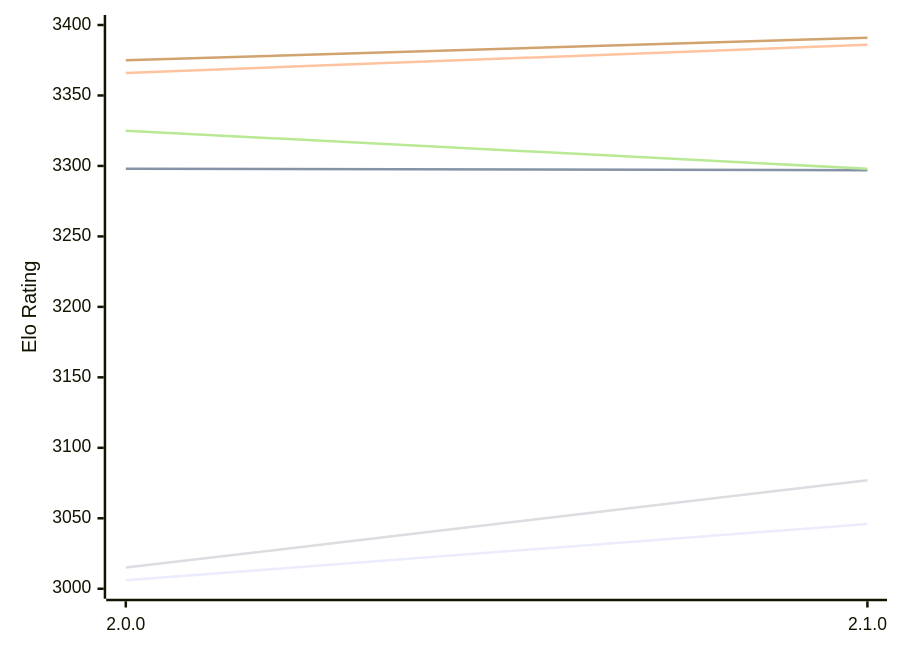
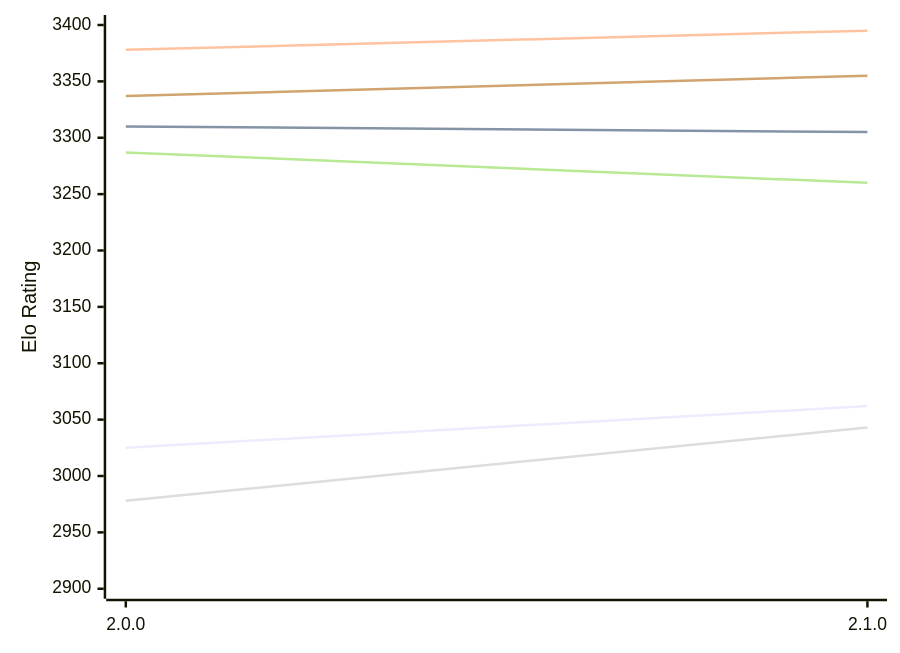
One commit to computer-chess-index/cci changed the diagram in engines/Sapling.md. Above: the diagram before and after it, drawn with Mermaid. The commit also changed other lines of this file, not shown here.

Commit message:
Update CCI Ratings (ELO VLTC) - 2026-11-14

````diff
--- a/engines/Sapling.md
+++ b/engines/Sapling.md
@@ -49,12 +49,12 @@
 ```mermaid
 %%{init: {"theme":"base","themeVariables":{"seriesColors:['#a3a3a3','#222221','#faa371']}}}%%
 xychart-beta
   x-axis ["2.0.0", "2.1.0"]
-  y-axis "Elo Rating" 3000 --> 3400
-  line "E1: STC (8.0+0.08s)" [3006, 3046]
-  line "E1: LTC (60.0+0.60s)" [3298, 3297]
-  line "E1: VLTC (2m24s+1.12s)" [3366, 3386]
-  line "P1: STC (8.0+0.08s)" [3015, 3077]
-  line "P1: LTC (60.0+0.60s)" [3325, 3298]
-  line "P1: VLTC (2m24s+1.12s)" [3375, 3391]
+  y-axis "Elo Rating" 2900 --> 3400
+  line "E1: STC (8.0+0.08s)" [3025, 3062]
+  line "E1: LTC (60.0+0.60s)" [3310, 3305]
+  line "E1: VLTC (2m24s+1.12s)" [3378, 3395]
+  line "P1: STC (8.0+0.08s)" [2978, 3043]
+  line "P1: LTC (60.0+0.60s)" [3287, 3260]
+  line "P1: VLTC (2m24s+1.12s)" [3337, 3355]
 ```
````
